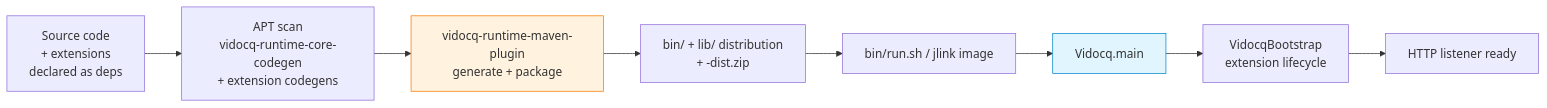
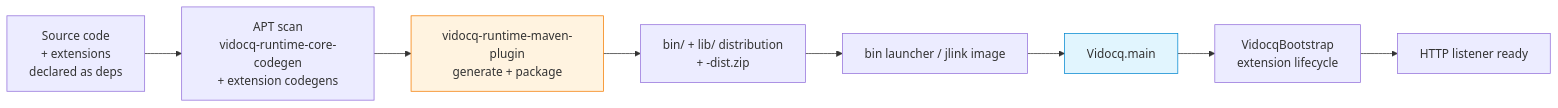
One commit to vidocq-stack/vidocq changed the first of 3 diagrams in docs/en/modules/ROOT/pages/internals.adoc. Above: the diagram before and after it, drawn with Mermaid. The commit also changed other lines of this file and 8 other files, not shown here.

First line of the commit message:
fix(package): keep the execute bit of the launcher in the -dist.zip

```diff
--- a/docs/en/modules/ROOT/pages/internals.adoc
+++ b/docs/en/modules/ROOT/pages/internals.adoc
@@ -96,14 +96,14 @@
 [mermaid]
 ....
 flowchart LR
     SRC[Source code<br/>+ extensions<br/>declared as deps] --> APT[APT scan<br/>vidocq-runtime-core-codegen<br/>+ extension codegens]
     APT --> PLUGIN[vidocq-runtime-maven-plugin<br/>generate + package]
     PLUGIN --> DIST[bin/ + lib/ distribution<br/>+ -dist.zip]
-    DIST --> JAVA[bin/run.sh / jlink image]
+    DIST --> JAVA[bin launcher / jlink image]
     JAVA --> BOOT[Vidocq.main]
     BOOT --> LIFE[VidocqBootstrap<br/>extension lifecycle]
     LIFE --> READY[HTTP listener ready]
 
     style PLUGIN fill:#fff3e0,stroke:#f57c00
     style BOOT fill:#e1f5fe,stroke:#0288d1
 ....
```
